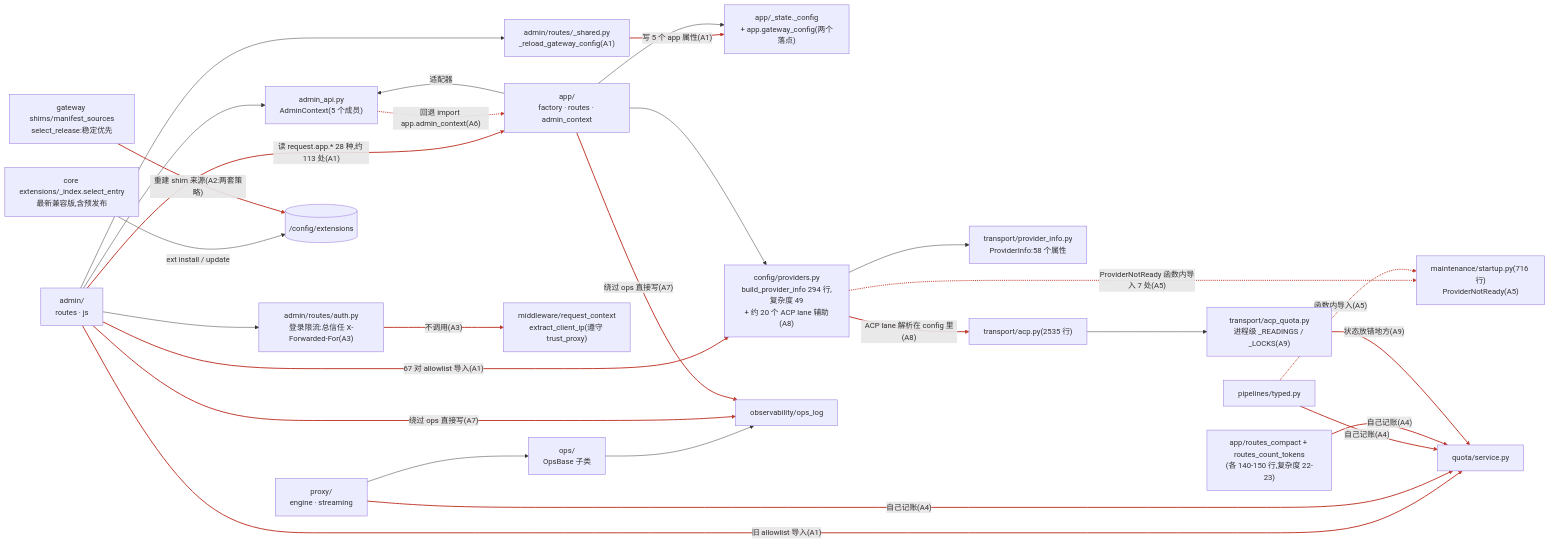
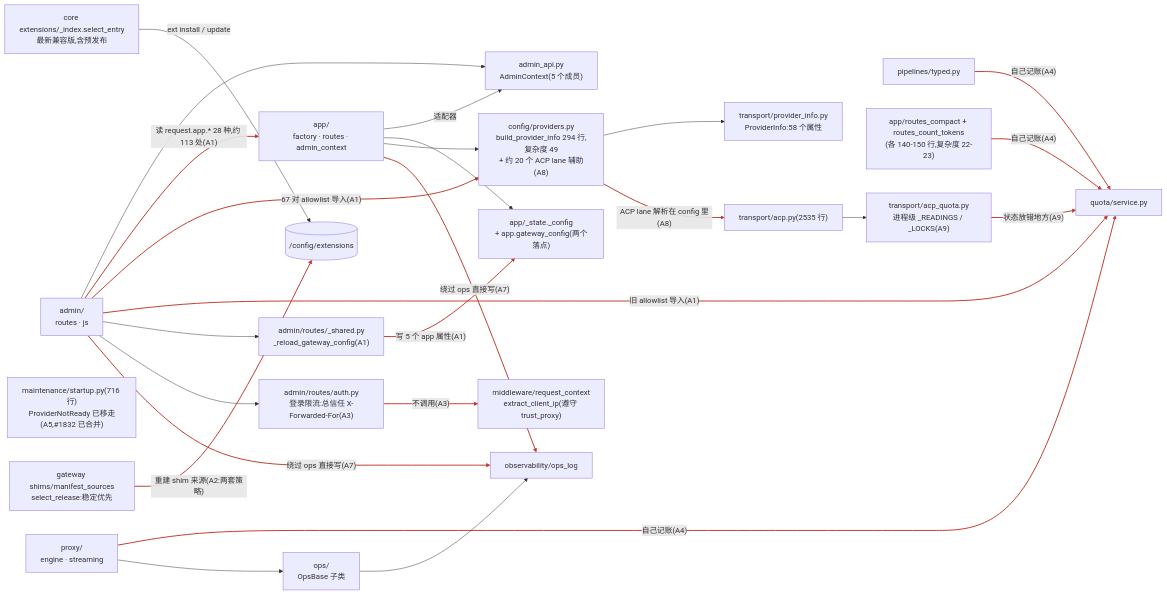
Before and after one commit to Oaklight/llm-rosetta: the diagram in gap_actual.mmd, drawn with Mermaid. The commit also changed 8 other files, not shown here.

Commit message:
diagrams: node runtime, extension management on the Sources tab, ProviderNotReady leaf, admin_api fallback gone (#1825-#1828, #1832-#1834)

```diff
--- a/gap_actual.mmd
+++ b/gap_actual.mmd
@@ -1,50 +1,47 @@
 flowchart LR
   ADMIN["admin/<br/>routes · js"]
   ADMINAPI["admin_api.py<br/>AdminContext(5 个成员)"]
   APP["app/<br/>factory · routes · admin_context"]
   STATE["app/_state._config<br/>+ app.gateway_config(两个落点)"]
   RELOAD["admin/routes/_shared.py<br/>_reload_gateway_config(A1)"]
   LOGIN["admin/routes/auth.py<br/>登录限流:总信任 X-Forwarded-For(A3)"]
   MWCTX["middleware/request_context<br/>extract_client_ip(遵守 trust_proxy)"]
   PROXY["proxy/<br/>engine · streaming"]
   PIPES["pipelines/typed.py"]
   RELAY["app/routes_compact + routes_count_tokens<br/>(各 140-150 行,复杂度 22-23)"]
   CONFIG["config/providers.py<br/>build_provider_info 294 行,复杂度 49<br/>+ 约 20 个 ACP lane 辅助(A8)"]
   PINFO["transport/provider_info.py<br/>ProviderInfo:58 个属性"]
   TRANSPORT["transport/acp.py(2535 行)"]
   ACPQ["transport/acp_quota.py<br/>进程级 _READINGS / _LOCKS(A9)"]
   QUOTA["quota/service.py"]
-  MAINT["maintenance/startup.py(716 行)<br/>ProviderNotReady(A5)"]
+  MAINT["maintenance/startup.py(716 行)<br/>ProviderNotReady 已移走(A5,#1832 已合并)"]
   OPS["ops/<br/>OpsBase 子类"]
   OPSLOG["observability/ops_log"]
   EXTCORE["core extensions/_index.select_entry<br/>最新兼容版,含预发布"]
   EXTGW["gateway shims/manifest_sources<br/>select_release:稳定优先"]
   EXTDIR[("/config/extensions")]
   ADMIN --> ADMINAPI
   APP -->|"适配器"| ADMINAPI
   ADMIN -->|"读 request.app.* 28 种,约 113 处(A1)"| APP
   ADMIN -->|"67 对 allowlist 导入(A1)"| CONFIG
   ADMIN -->|"旧 allowlist 导入(A1)"| QUOTA
   ADMIN --> RELOAD
   RELOAD -->|"写 5 个 app 属性(A1)"| STATE
   APP --> STATE
-  ADMINAPI -.->|"回退 import app.admin_context(A6)"| APP
   ADMIN --> LOGIN
   LOGIN -->|"不调用(A3)"| MWCTX
   PROXY -->|"自己记账(A4)"| QUOTA
   PIPES -->|"自己记账(A4)"| QUOTA
   RELAY -->|"自己记账(A4)"| QUOTA
   APP --> CONFIG
   CONFIG --> PINFO
   CONFIG -->|"ACP lane 解析在 config 里(A8)"| TRANSPORT
   TRANSPORT --> ACPQ
   ACPQ -->|"状态放错地方(A9)"| QUOTA
-  CONFIG -.->|"ProviderNotReady 函数内导入 7 处(A5)"| MAINT
-  PIPES -.->|"函数内导入(A5)"| MAINT
   PROXY --> OPS
   OPS --> OPSLOG
   ADMIN -->|"绕过 ops 直接写(A7)"| OPSLOG
   APP -->|"绕过 ops 直接写(A7)"| OPSLOG
   EXTCORE -->|"ext install / update"| EXTDIR
   EXTGW -->|"重建 shim 来源(A2:两套策略)"| EXTDIR
-  linkStyle 2,3,4,6,8,10,11,12,13,16,18,19,20,23,24,26 stroke:#c0392b,stroke-width:2px
+  linkStyle 2,3,4,6,9,10,11,12,15,17,20,21,23 stroke:#c0392b,stroke-width:2px
```
